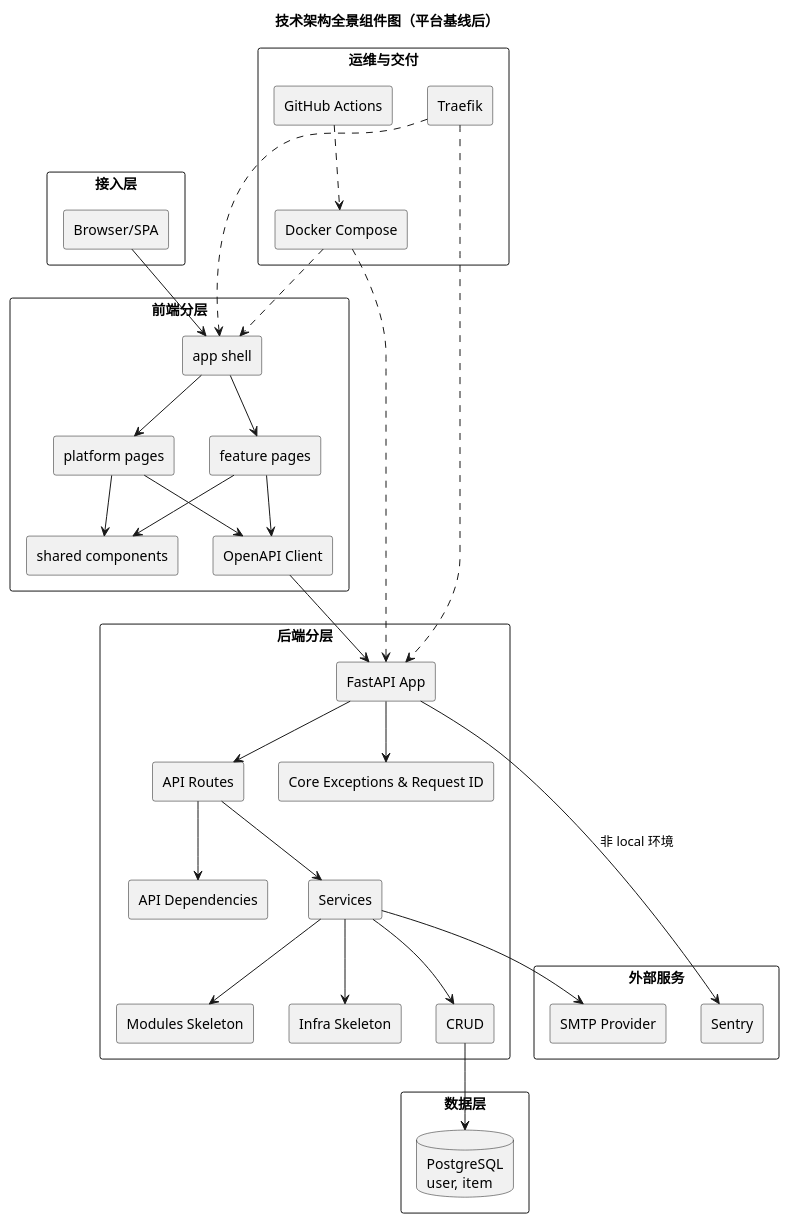
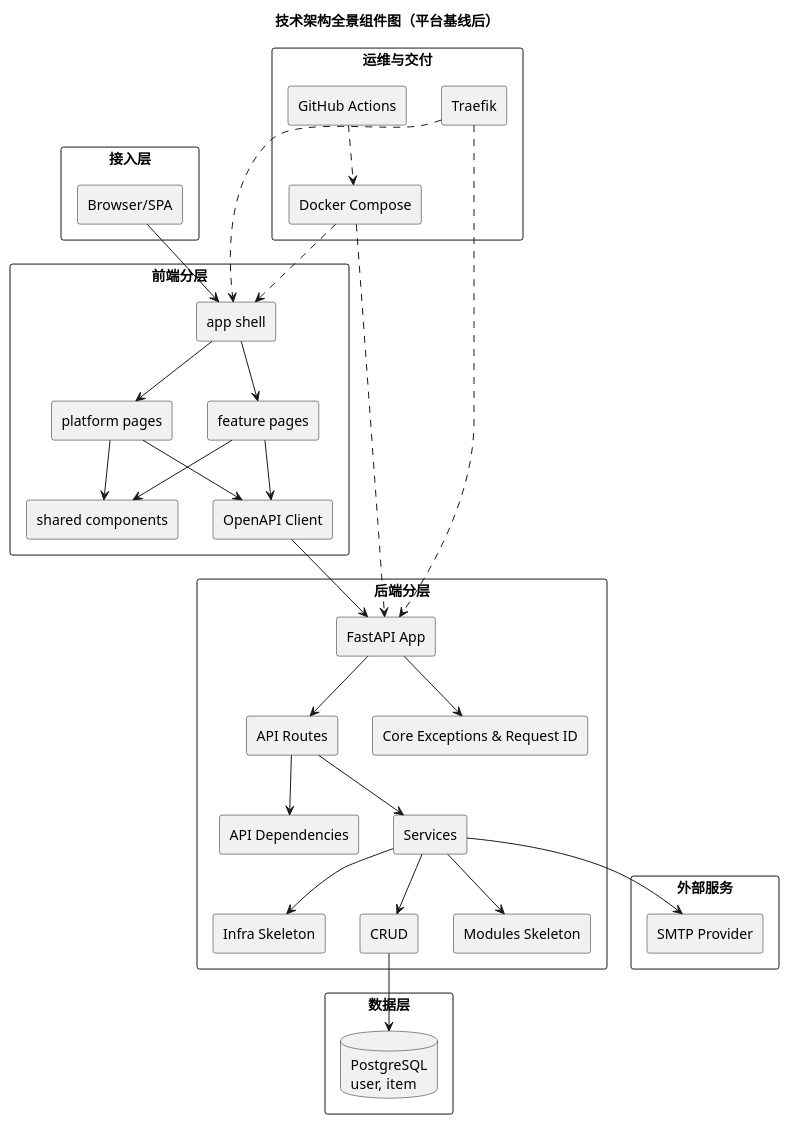
One commit to fangxu6/full-stack-fastapi-template changed the first of 3 diagrams in docs/私域知识工程体系产出/系统架构分析.md. Above: the diagram before and after it, drawn with PlantUML. The commit also changed 28 other files, not shown here.

````diff
--- a/docs/私域知识工程体系产出/系统架构分析.md
+++ b/docs/私域知识工程体系产出/系统架构分析.md
@@ -12,71 +12,69 @@
 ```uml
 @startuml
 title 技术架构全景组件图（平台基线后）
 skinparam componentStyle rectangle
 skinparam packageStyle rectangle
 
 package "接入层" {
   [Browser/SPA]
 }
 
 package "前端分层" {
   [app shell]
   [platform pages]
   [feature pages]
   [shared components]
   [OpenAPI Client]
 }
 
 package "后端分层" {
   [FastAPI App]
   [API Routes]
   [API Dependencies]
   [Core Exceptions & Request ID]
   [Services]
   [CRUD]
   [Modules Skeleton]
   [Infra Skeleton]
 }
 
 package "数据层" {
   database "PostgreSQL\nuser, item" as DB
 }
 
 package "外部服务" {
   [SMTP Provider]
-  [Sentry]
 }
 
 package "运维与交付" {
   [Docker Compose]
   [Traefik]
   [GitHub Actions]
 }
 
 [Browser/SPA] --> [app shell]
 [app shell] --> [platform pages]
 [app shell] --> [feature pages]
 [platform pages] --> [shared components]
 [feature pages] --> [shared components]
 [platform pages] --> [OpenAPI Client]
 [feature pages] --> [OpenAPI Client]
 [OpenAPI Client] --> [FastAPI App]
 
 [FastAPI App] --> [Core Exceptions & Request ID]
 [FastAPI App] --> [API Routes]
 [API Routes] --> [API Dependencies]
 [API Routes] --> [Services]
 [Services] --> [CRUD]
 [Services] --> [Modules Skeleton]
 [Services] --> [Infra Skeleton]
 [CRUD] --> DB
 [Services] --> [SMTP Provider]
-[FastAPI App] --> [Sentry] : 非 local 环境
 
 [Docker Compose] ..> [FastAPI App]
 [Docker Compose] ..> [app shell]
 [Traefik] ..> [FastAPI App]
 [Traefik] ..> [app shell]
 [GitHub Actions] ..> [Docker Compose]
 @enduml
 ```
````
